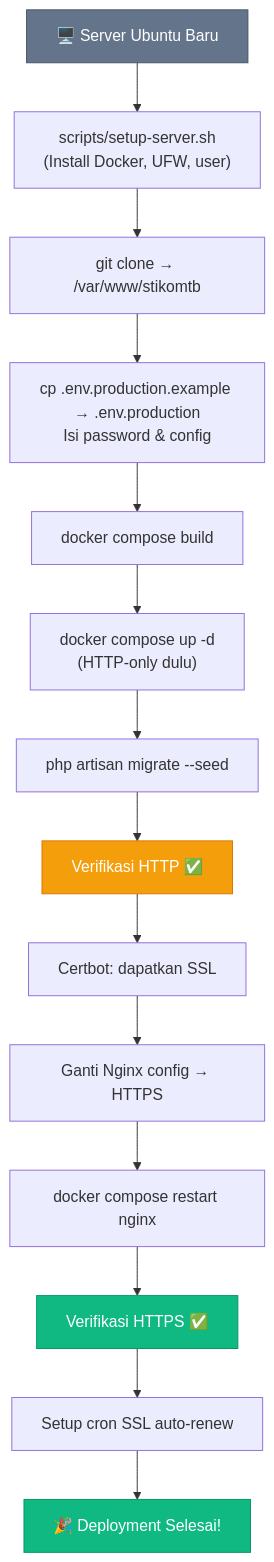
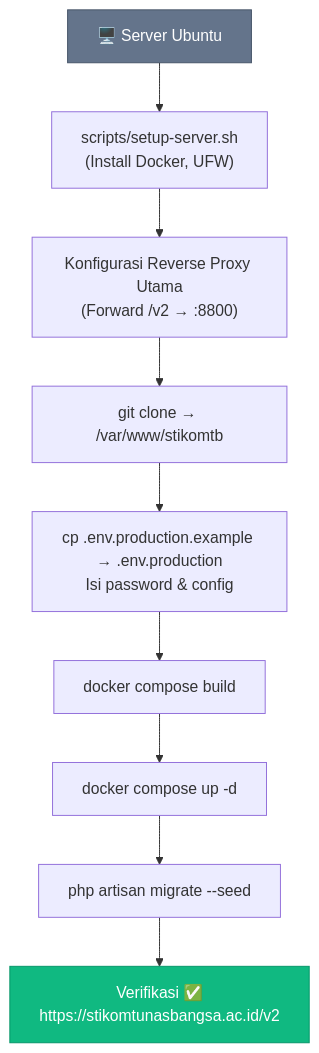
One commit to chalik1pj/output-prompt changed the diagram in docs/deployment.md. Above: the diagram before and after it, drawn with Mermaid. The commit also changed other lines of this file and 11 other files, not shown here.

````diff
--- a/docs/deployment.md
+++ b/docs/deployment.md
@@ -385,21 +340,14 @@
 ```mermaid
 flowchart TD
-    A["🖥️ Server Ubuntu Baru"] --> B["scripts/setup-server.sh<br/>(Install Docker, UFW, user)"]
-    B --> C["git clone → /var/www/stikomtb"]
-    C --> D["cp .env.production.example → .env.production<br/>Isi password & config"]
-    D --> E["docker compose build"]
-    E --> F["docker compose up -d<br/>(HTTP-only dulu)"]
-    F --> G["php artisan migrate --seed"]
-    G --> H["Verifikasi HTTP ✅"]
-    H --> I["Certbot: dapatkan SSL"]
-    I --> J["Ganti Nginx config → HTTPS"]
-    J --> K["docker compose restart nginx"]
-    K --> L["Verifikasi HTTPS ✅"]
-    L --> M["Setup cron SSL auto-renew"]
-    M --> N["🎉 Deployment Selesai!"]
+    A["🖥️ Server Ubuntu"] --> B["scripts/setup-server.sh<br/>(Install Docker, UFW)"]
+    B --> C["Konfigurasi Reverse Proxy Utama<br/>(Forward /v2 → :8800)"]
+    C --> D["git clone → /var/www/stikomtb"]
+    D --> E["cp .env.production.example → .env.production<br/>Isi password & config"]
+    E --> F["docker compose build"]
+    F --> G["docker compose up -d"]
+    G --> H["php artisan migrate --seed"]
+    H --> I["Verifikasi ✅<br/>https://stikomtunasbangsa.ac.id/v2"]
 
     style A fill:#64748b,stroke:#475569,color:#fff
-    style N fill:#10b981,stroke:#059669,color:#fff
-    style H fill:#f59e0b,stroke:#d97706,color:#fff
-    style L fill:#10b981,stroke:#059669,color:#fff
+    style I fill:#10b981,stroke:#059669,color:#fff
 ```
````
